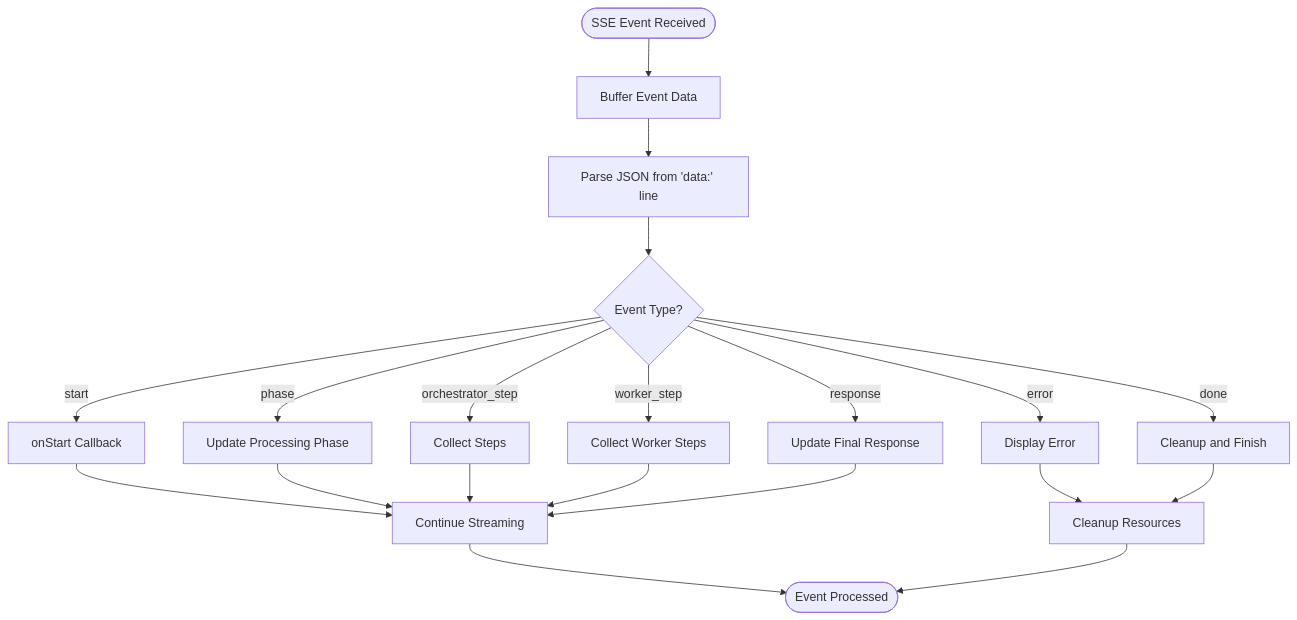
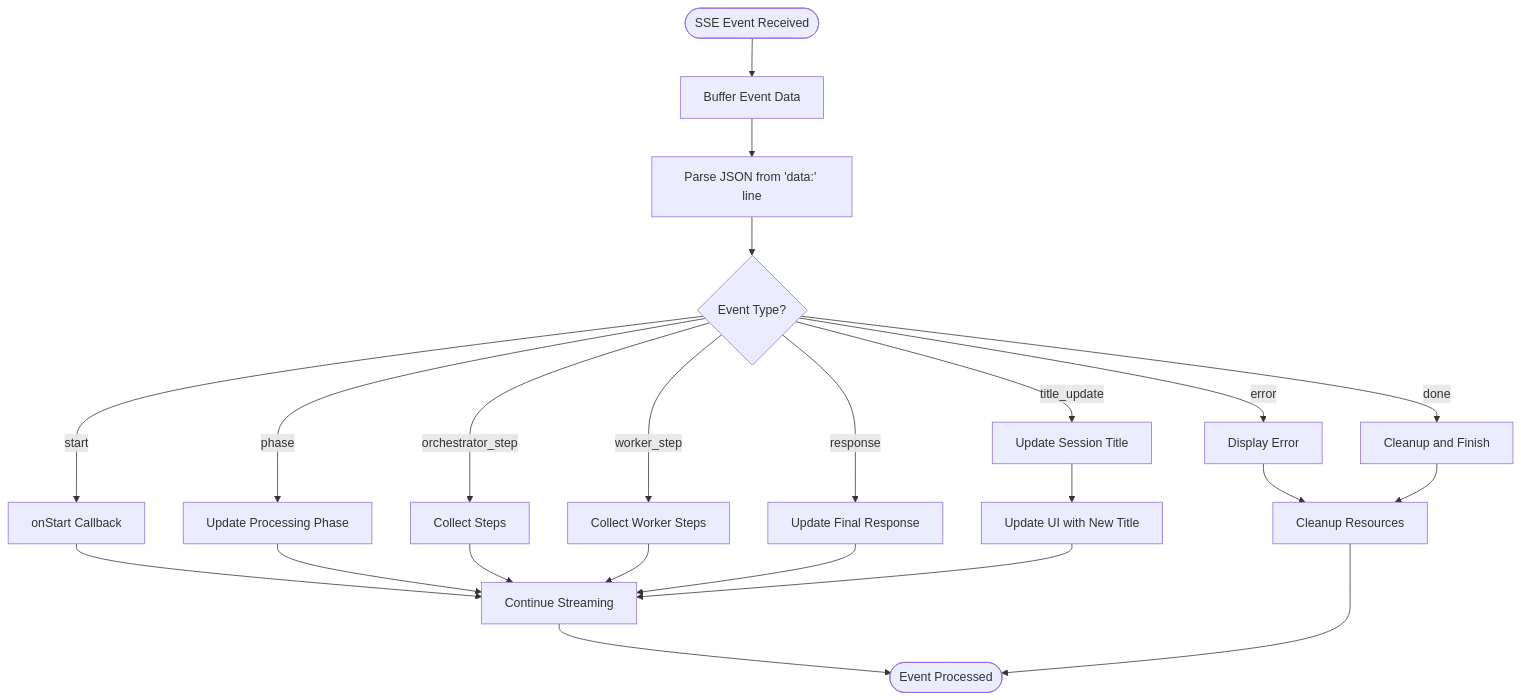
The fourth of 11 diagrams in .qoder/repowiki/en/content/Core Features/Streaming Reliability Enhancements.md (emanuelplopu/MongoDB-RAG-Agent), drawn with Mermaid before and after one commit. The commit also changed other lines of this file and 5 other files, not shown here.

````diff
--- a/.qoder/repowiki/en/content/Core Features/Streaming Reliability Enhancements.md
+++ b/.qoder/repowiki/en/content/Core Features/Streaming Reliability Enhancements.md
@@ -179,22 +202,25 @@
 ```mermaid
 flowchart TD
 Start([SSE Event Received]) --> Buffer[Buffer Event Data]
 Buffer --> Parse[Parse JSON from 'data:' line]
 Parse --> EventType{Event Type?}
 EventType --> |start| StartHandler[onStart Callback]
 EventType --> |phase| PhaseHandler[Update Processing Phase]
 EventType --> |orchestrator_step| OrchestratorHandler[Collect Steps]
 EventType --> |worker_step| WorkerHandler[Collect Worker Steps]
 EventType --> |response| ResponseHandler[Update Final Response]
+EventType --> |title_update| TitleHandler[Update Session Title]
 EventType --> |error| ErrorHandler[Display Error]
 EventType --> |done| DoneHandler[Cleanup and Finish]
 StartHandler --> Continue[Continue Streaming]
 PhaseHandler --> Continue
 OrchestratorHandler --> Continue
 WorkerHandler --> Continue
 ResponseHandler --> Continue
+TitleHandler --> UpdateUI[Update UI with New Title]
 ErrorHandler --> Cleanup[Cleanup Resources]
 DoneHandler --> Cleanup
+UpdateUI --> Continue
 Continue --> End([Event Processed])
 Cleanup --> End
 ```
````
